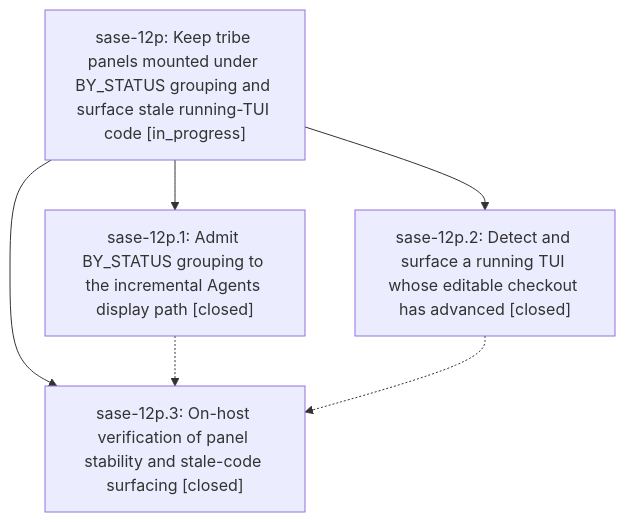
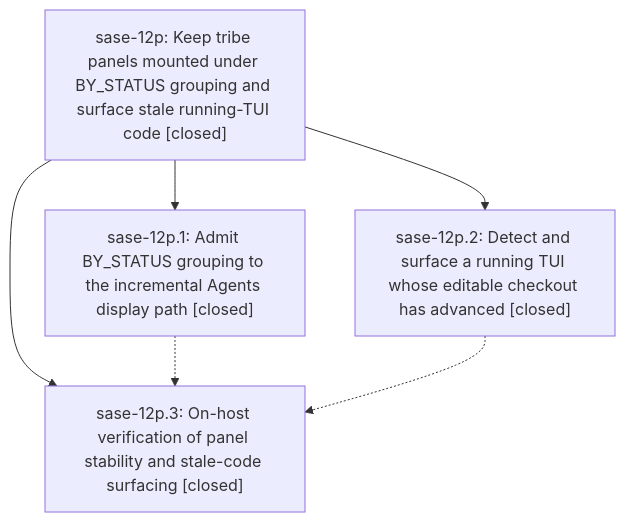
One commit to sase-org/sase--beads changed the diagram in pages/sase-12p/README.md. Above: the diagram before and after it, drawn with Mermaid. The commit also changed other lines of this file, not shown here.

First line of the commit message:
chore(beads): sync bead state and pages for sase-12p

````diff
--- a/pages/sase-12p/README.md
+++ b/pages/sase-12p/README.md
@@ -24,12 +28,12 @@
 ```mermaid
 flowchart TD
-    n0["sase-12p: Keep tribe panels mounted under BY_STATUS grouping and surface stale running-TUI code [in_progress]"]
+    n0["sase-12p: Keep tribe panels mounted under BY_STATUS grouping and surface stale running-TUI code [closed]"]
     n1["sase-12p.1: Admit BY_STATUS grouping to the incremental Agents display path [closed]"]
     n2["sase-12p.2: Detect and surface a running TUI whose editable checkout has advanced [closed]"]
     n3["sase-12p.3: On-host verification of panel stability and stale-code surfacing [closed]"]
     n0 --> n1
     n0 --> n2
     n0 --> n3
     n1 -.-> n3
     n2 -.-> n3
 ```
````
